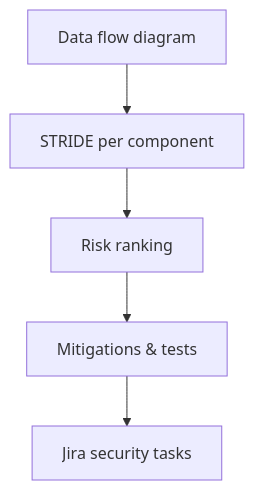
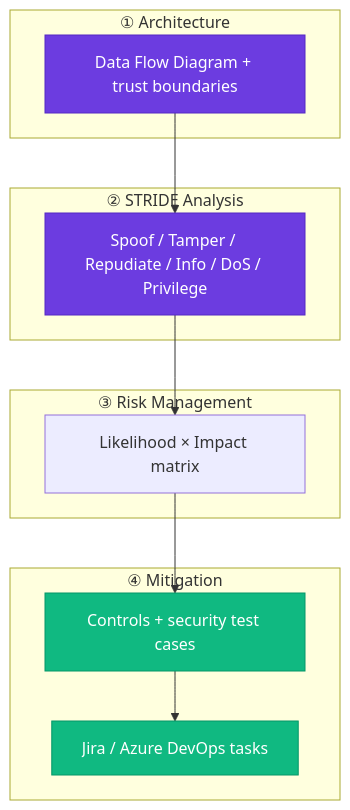
The first of 2 diagrams in docs/secure-code-review/threat-modeling/index.md (mamadbypass/security-reference), drawn with Mermaid before and after one commit. The commit also changed other lines of this file and 108 other files, not shown here.

First line of the commit message:
Add complete 5-phase methodology and enhanced diagrams for all topics

````diff
--- a/docs/secure-code-review/threat-modeling/index.md
+++ b/docs/secure-code-review/threat-modeling/index.md
@@ -9,7 +13,25 @@
 ```mermaid
 flowchart TD
-    DFD[Data flow diagram] --> STRIDE[STRIDE per component]
-    STRIDE --> RANK[Risk ranking]
-    RANK --> MIT[Mitigations & tests]
-    MIT --> TRACK[Jira security tasks]
+    subgraph Model["① Architecture"]
+        DFD[Data Flow Diagram + trust boundaries]
+    end
+    subgraph Analyze["② STRIDE Analysis"]
+        STRIDE[Spoof / Tamper / Repudiate / Info / DoS / Privilege]
+    end
+    subgraph Risk["③ Risk Management"]
+        RANK[Likelihood × Impact matrix]
+    end
+    subgraph Fix["④ Mitigation"]
+        MIT[Controls + security test cases]
+        TRACK[Jira / Azure DevOps tasks]
+    end
+    DFD --> STRIDE --> RANK --> MIT --> TRACK
+    class DFD,STRIDE target
+    class MIT,TRACK success
+classDef attacker fill:#ef4444,stroke:#b91c1c,color:#fff
+classDef target fill:#6c3ce0,stroke:#5429c4,color:#fff
+classDef tool fill:#f59e0b,stroke:#d97706,color:#1a1a1a
+classDef success fill:#10b981,stroke:#059669,color:#fff
+classDef warn fill:#f97316,stroke:#ea580c,color:#fff
+
 ```
````
